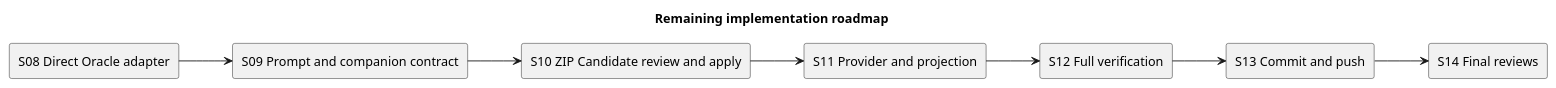
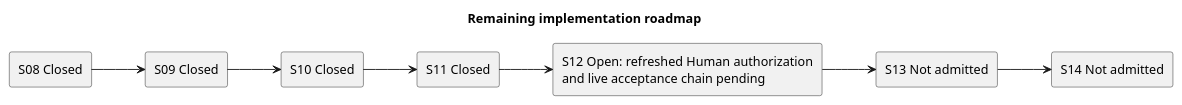
Before and after one commit to chemitaro/spec-dock: the fourth of 4 diagrams in spec-dock/initiatives/init-00322-gpt-5-6-chatgpt-first-intelligence-architecture/epics/epic-00331-planning-and-advisory-review/issues/iss-00334-implement-chatgpt-issue-planning-workflow/artifacts/20260729t044600z-guide-new-member-chatgpt-first-issue-planning.md, drawn with PlantUML. The commit also changed other lines of this file and 11 other files, not shown here.

````diff
--- a/spec-dock/initiatives/init-00322-gpt-5-6-chatgpt-first-intelligence-architecture/epics/epic-00331-planning-and-advisory-review/issues/iss-00334-implement-chatgpt-issue-planning-workflow/artifacts/20260729t044600z-guide-new-member-chatgpt-first-issue-planning.md
+++ b/spec-dock/initiatives/init-00322-gpt-5-6-chatgpt-first-intelligence-architecture/epics/epic-00331-planning-and-advisory-review/issues/iss-00334-implement-chatgpt-issue-planning-workflow/artifacts/20260729t044600z-guide-new-member-chatgpt-first-issue-planning.md
@@ -268,20 +275,20 @@
 ```plantuml
 @startuml
 title Remaining implementation roadmap
 left to right direction
-rectangle "S08 Direct Oracle adapter" as S08
-rectangle "S09 Prompt and companion contract" as S09
-rectangle "S10 ZIP Candidate review and apply" as S10
-rectangle "S11 Provider and projection" as S11
-rectangle "S12 Full verification" as S12
-rectangle "S13 Commit and push" as S13
-rectangle "S14 Final reviews" as S14
+rectangle "S08 Closed" as S08
+rectangle "S09 Closed" as S09
+rectangle "S10 Closed" as S10
+rectangle "S11 Closed" as S11
+rectangle "S12 Open: refreshed Human authorization\nand live acceptance chain pending" as S12
+rectangle "S13 Not admitted" as S13
+rectangle "S14 Not admitted" as S14
 
 S08 --> S09
 S09 --> S10
 S10 --> S11
 S11 --> S12
 S12 --> S13
 S13 --> S14
 @enduml
 ```
````
